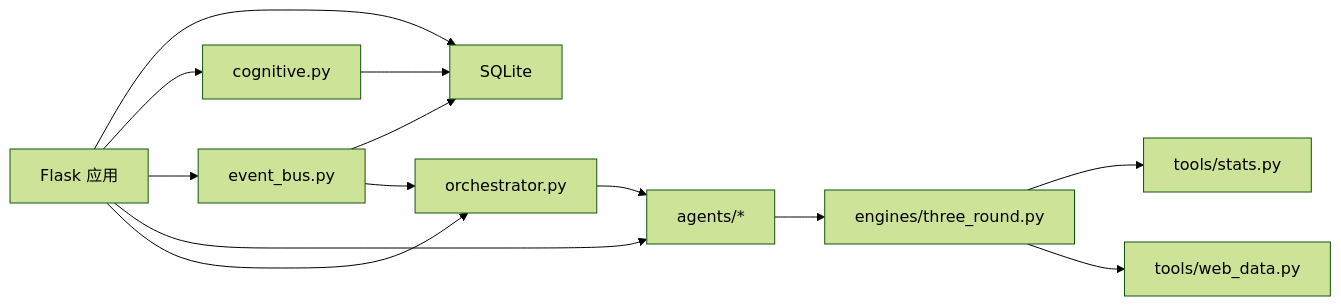
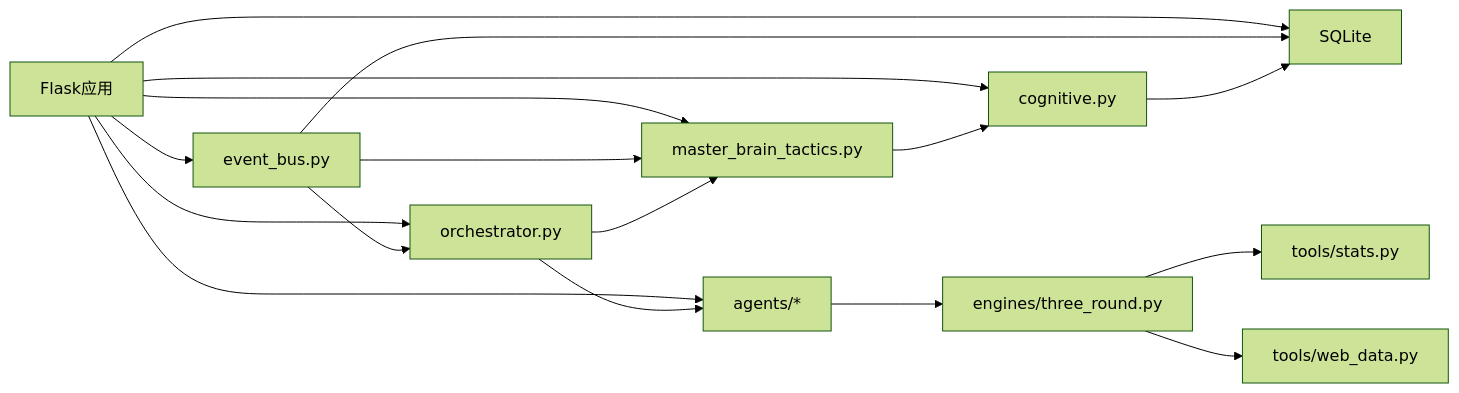
One commit to GDY-ai/AInstein changed diagram 11 of 11 in .qoder/repowiki/zh/content/系统架构/硅基大脑蓝图/硅基大脑蓝图.md. Above: the diagram before and after it, drawn with Mermaid (forest theme). The commit also changed other lines of this file and 90 other files, not shown here.

````diff
--- a/.qoder/repowiki/zh/content/系统架构/硅基大脑蓝图/硅基大脑蓝图.md
+++ b/.qoder/repowiki/zh/content/系统架构/硅基大脑蓝图/硅基大脑蓝图.md
@@ -431,15 +687,19 @@
 ```mermaid
 graph LR
-Flask["Flask 应用"] --> DB["SQLite"]
+Flask["Flask应用"] --> DB["SQLite"]
 Flask --> Cog["cognitive.py"]
 Flask --> Bus["event_bus.py"]
 Flask --> Agents["agents/*"]
-Flask --> Orchestrator["orchestrator.py"]
+Flask --> ATA["orchestrator.py"]
+Flask --> MasterBrain["master_brain_tactics.py"]
 Agents --> Eng["engines/three_round.py"]
 Eng --> ToolsStats["tools/stats.py"]
 Eng --> ToolsWeb["tools/web_data.py"]
 Bus --> DB
-Bus --> Orchestrator
+Bus --> ATA
+Bus --> MasterBrain
 Cog --> DB
-Orchestrator --> Agents
+ATA --> Agents
+ATA --> MasterBrain
+MasterBrain --> Cog
 ```
````
